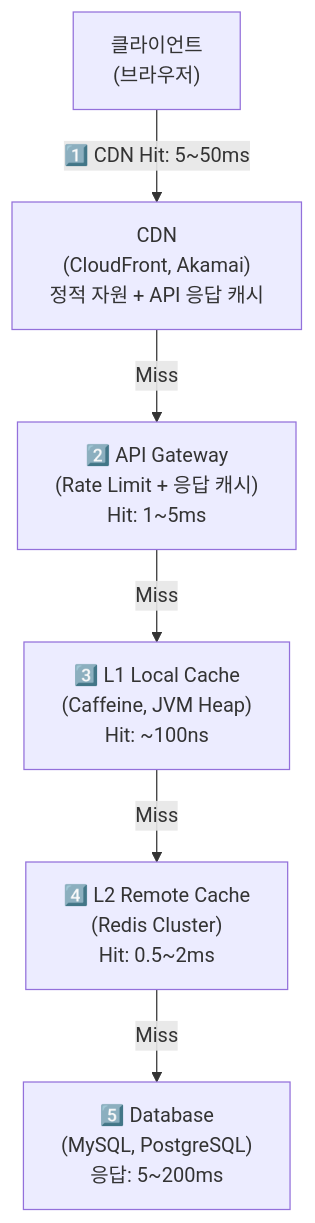
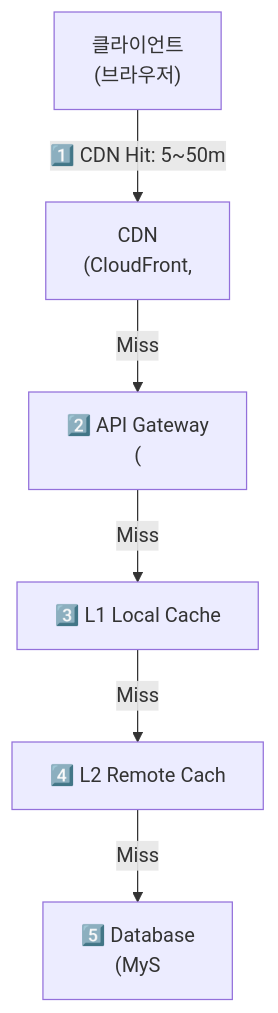
Before and after one commit to yjkim2015/yjkim2015.github.io: the second of 8 diagrams in _posts/caching/2026-05-03-multi-layer-caching.md, drawn with Mermaid. The commit also changed other lines of this file and 271 other files, not shown here.

First line of the commit message:
Mermaid 라벨 축소: 긴 노드 텍스트 18자 이하로 트림 + \n 제거

````diff
--- a/_posts/caching/2026-05-03-multi-layer-caching.md
+++ b/_posts/caching/2026-05-03-multi-layer-caching.md
@@ -46,8 +46,8 @@
 ```mermaid
 graph TD
-    Client["클라이언트\n(브라우저)"] -->|"1️⃣ CDN Hit: 5~50ms"| CDN["CDN\n(CloudFront, Akamai)\n정적 자원 + API 응답 캐시"]
-    CDN -->|"Miss"| GW["2️⃣ API Gateway\n(Rate Limit + 응답 캐시)\nHit: 1~5ms"]
-    GW -->|"Miss"| L1["3️⃣ L1 Local Cache\n(Caffeine, JVM Heap)\nHit: ~100ns"]
-    L1 -->|"Miss"| L2["4️⃣ L2 Remote Cache\n(Redis Cluster)\nHit: 0.5~2ms"]
-    L2 -->|"Miss"| DB["5️⃣ Database\n(MySQL, PostgreSQL)\n응답: 5~200ms"]
+    Client["클라이언트\n(브라우저)"] -->|"1️⃣ CDN Hit: 5~50m"| CDN["CDN\n(CloudFront,"]
+    CDN -->|"Miss"| GW["2️⃣ API Gateway\n("]
+    GW -->|"Miss"| L1["3️⃣ L1 Local Cache"]
+    L1 -->|"Miss"| L2["4️⃣ L2 Remote Cach"]
+    L2 -->|"Miss"| DB["5️⃣ Database\n(MyS"]
 ```
````
